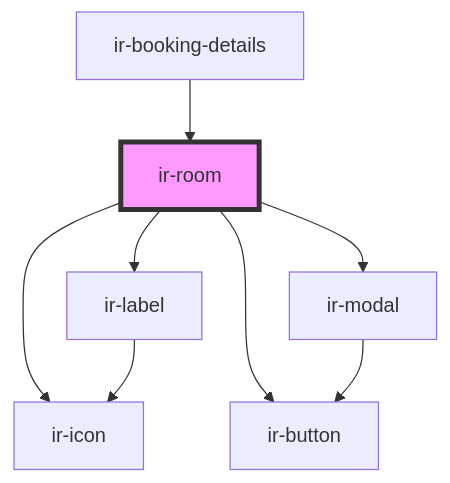
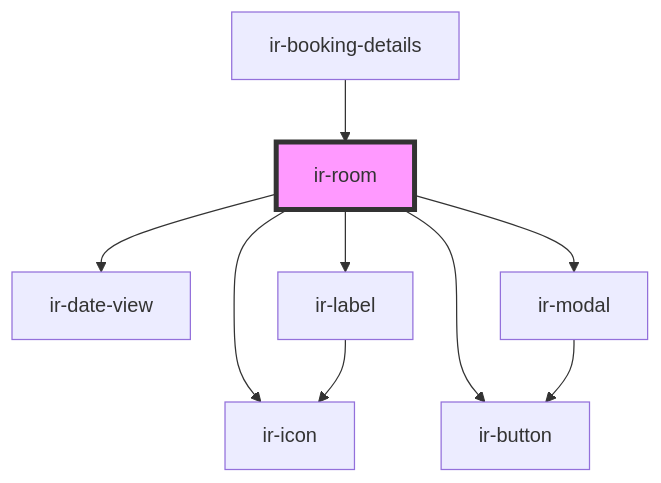
Before and after one commit to David1Chowaifaty/modified-ir-webcmp: the diagram in src/components/ir-booking-details/ir-room/readme.md, drawn with Mermaid. The commit also changed other lines of this file and 47 other files, not shown here.

````diff
--- a/src/components/ir-booking-details/ir-room/readme.md
+++ b/src/components/ir-booking-details/ir-room/readme.md
@@ -52,11 +53,12 @@
 ```mermaid
 graph TD;
   ir-room --> ir-icon
+  ir-room --> ir-date-view
   ir-room --> ir-button
   ir-room --> ir-label
   ir-room --> ir-modal
   ir-label --> ir-icon
   ir-modal --> ir-button
   ir-booking-details --> ir-room
   style ir-room fill:#f9f,stroke:#333,stroke-width:4px
 ```
````
